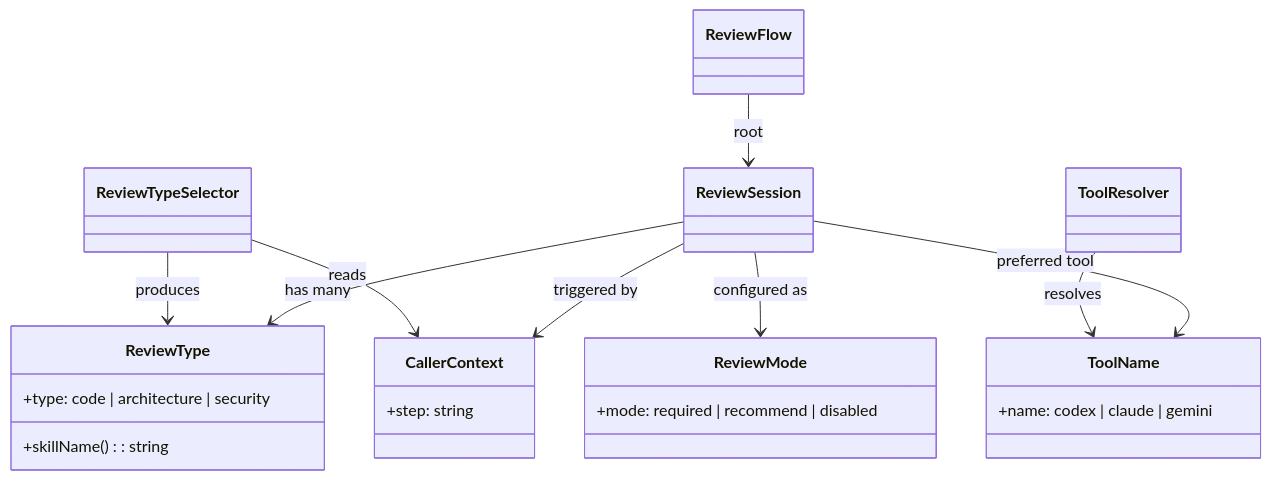
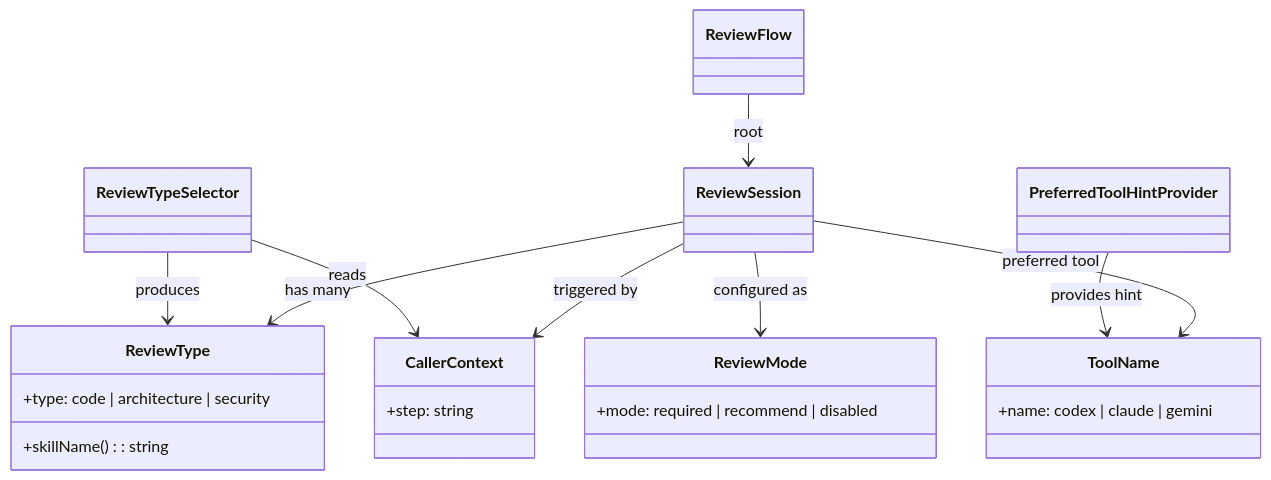
Before and after one commit to ikeisuke/ai-dlc-starter-kit: the diagram in docs/cycles/v1.14.0/design-artifacts/domain-models/review-flow-update_domain_model.md, drawn with Mermaid. The commit also changed other lines of this file and 4 other files, not shown here.

````diff
--- a/docs/cycles/v1.14.0/design-artifacts/domain-models/review-flow-update_domain_model.md
+++ b/docs/cycles/v1.14.0/design-artifacts/domain-models/review-flow-update_domain_model.md
@@ -94,25 +94,25 @@
 ```mermaid
 classDiagram
     ReviewFlow --> ReviewSession : root
     ReviewSession --> ReviewType : has many
     ReviewSession --> ToolName : preferred tool
     ReviewSession --> CallerContext : triggered by
     ReviewSession --> ReviewMode : configured as
     ReviewTypeSelector --> CallerContext : reads
     ReviewTypeSelector --> ReviewType : produces
-    ToolResolver --> ToolName : resolves
+    PreferredToolHintProvider --> ToolName : provides hint
 
     class ReviewType {
         +type: code | architecture | security
         +skillName(): string
     }
     class ToolName {
         +name: codex | claude | gemini
     }
     class CallerContext {
         +step: string
     }
     class ReviewMode {
         +mode: required | recommend | disabled
     }
 ```
````
